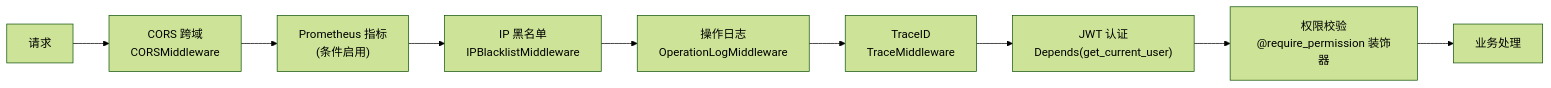
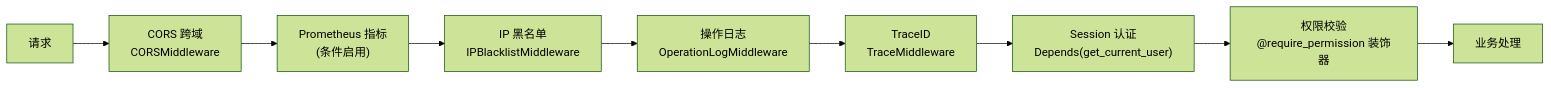
Diagram 13 of 15 in dehaze-doc/docs/04-项目实现/后端/03-Python算法服务架构文档.md (earthy-zinc/dehaze-system), drawn with Mermaid (forest theme) before and after one commit. The commit also changed other lines of this file and 10 other files, not shown here.

First line of the commit message:
docs: update all documents to replace JWT with Session authentication

````diff
--- a/dehaze-doc/docs/04-项目实现/后端/03-Python算法服务架构文档.md
+++ b/dehaze-doc/docs/04-项目实现/后端/03-Python算法服务架构文档.md
@@ -1308,11 +1299,11 @@
 ```mermaid
 flowchart LR
     Req["请求"] --> CORS["CORS 跨域<br/>CORSMiddleware"]
     CORS --> Prometheus["Prometheus 指标<br/>(条件启用)"]
     Prometheus --> IPBlacklist["IP 黑名单<br/>IPBlacklistMiddleware"]
     IPBlacklist --> OpLog["操作日志<br/>OperationLogMiddleware"]
     OpLog --> Trace["TraceID<br/>TraceMiddleware"]
-    Trace --> JWT["JWT 认证<br/>Depends(get_current_user)"]
-    JWT --> Permission["权限校验<br/>@require_permission 装饰器"]
+    Trace --> SessionAuth["Session 认证<br/>Depends(get_current_user)"]
+    SessionAuth --> Permission["权限校验<br/>@require_permission 装饰器"]
     Permission --> Handler["业务处理"]
 ```
````
